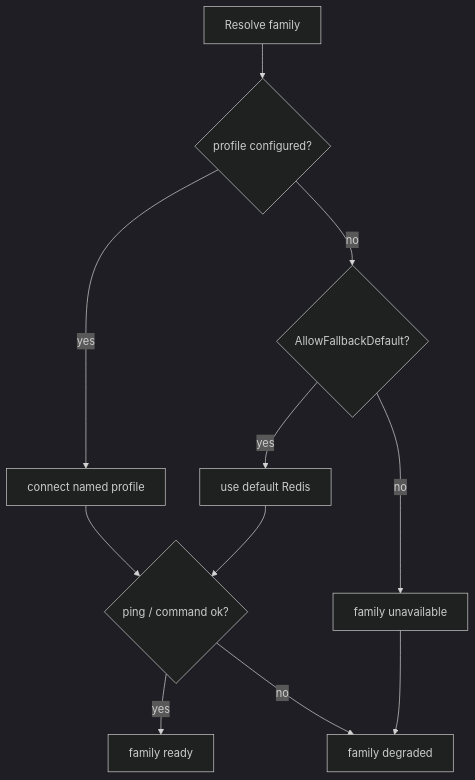
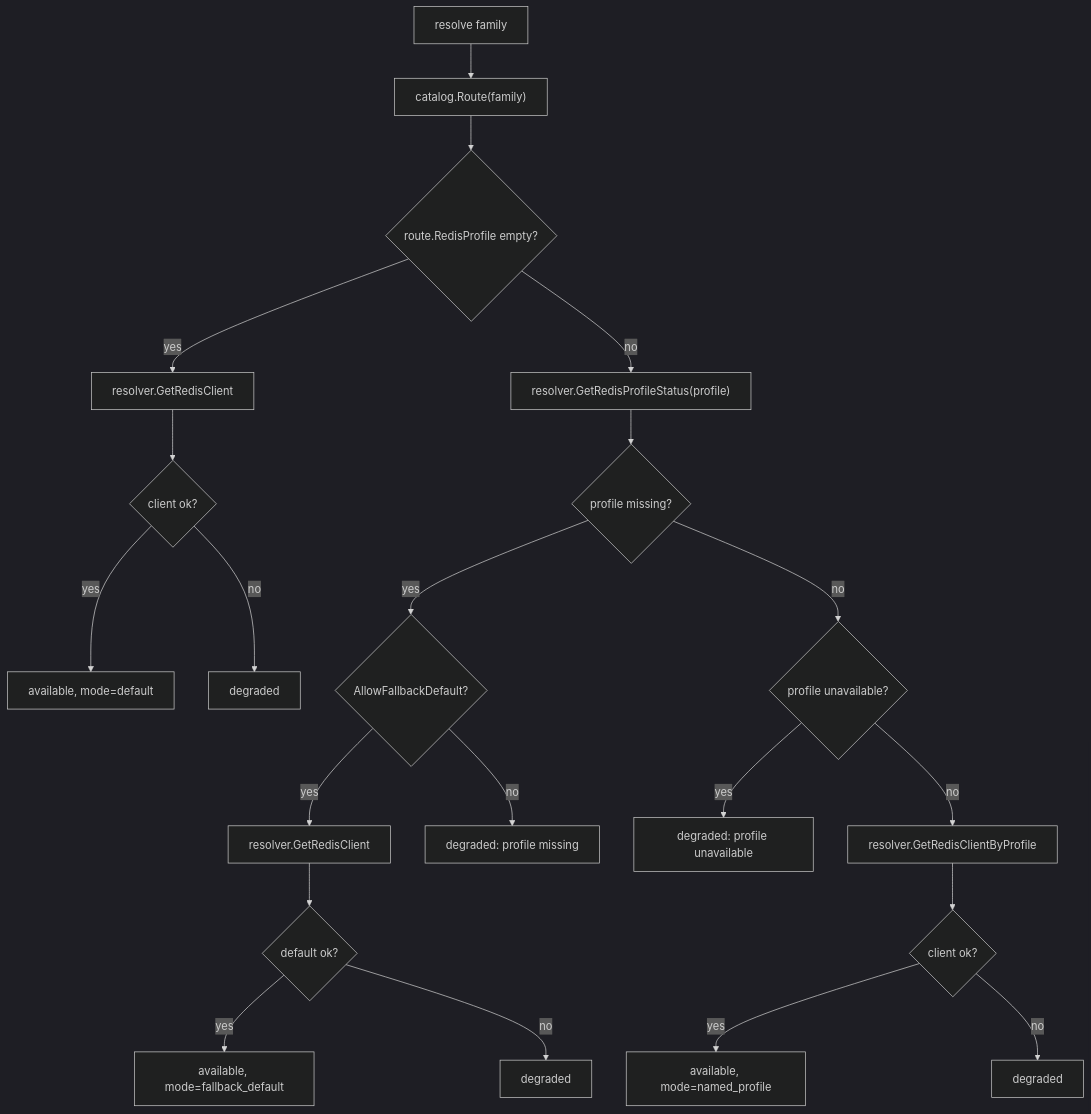
Before and after one commit to FangcunMount/qs-server: the second of 2 diagrams in docs/03-基础设施/redis/01-运行时与Family模型.md, drawn with Mermaid (dark theme). The commit also changed other lines of this file and 10 other files, not shown here.

````diff
--- a/docs/03-基础设施/redis/01-运行时与Family模型.md
+++ b/docs/03-基础设施/redis/01-运行时与Family模型.md
@@ -97,13 +353,26 @@
 ```mermaid
 flowchart TD
-    Start["Resolve family"] --> HasProfile{"profile configured?"}
-    HasProfile -->|yes| Connect["connect named profile"]
-    HasProfile -->|no| Fallback{"AllowFallbackDefault?"}
-    Fallback -->|yes| Default["use default Redis"]
-    Fallback -->|no| Missing["family unavailable"]
-    Connect --> OK{"ping / command ok?"}
-    Default --> OK
-    OK -->|yes| Ready["family ready"]
-    OK -->|no| Degraded["family degraded"]
-    Missing --> Degraded
+    start["resolve family"] --> route["catalog.Route(family)"]
+    route --> hasProfile{"route.RedisProfile empty?"}
+
+    hasProfile -->|yes| default["resolver.GetRedisClient"]
+    default --> defaultOk{"client ok?"}
+    defaultOk -->|yes| defaultMode["available, mode=default"]
+    defaultOk -->|no| degraded1["degraded"]
+
+    hasProfile -->|no| status["resolver.GetRedisProfileStatus(profile)"]
+    status --> missing{"profile missing?"}
+    missing -->|yes| fallback{"AllowFallbackDefault?"}
+    fallback -->|yes| fallbackDefault["resolver.GetRedisClient"]
+    fallbackDefault --> fallbackOk{"default ok?"}
+    fallbackOk -->|yes| fallbackMode["available, mode=fallback_default"]
+    fallbackOk -->|no| degraded2["degraded"]
+    fallback -->|no| degraded3["degraded: profile missing"]
+
+    missing -->|no| unavailable{"profile unavailable?"}
+    unavailable -->|yes| degraded4["degraded: profile unavailable"]
+    unavailable -->|no| named["resolver.GetRedisClientByProfile"]
+    named --> namedOk{"client ok?"}
+    namedOk -->|yes| namedMode["available, mode=named_profile"]
+    namedOk -->|no| degraded5["degraded"]
 ```
````
